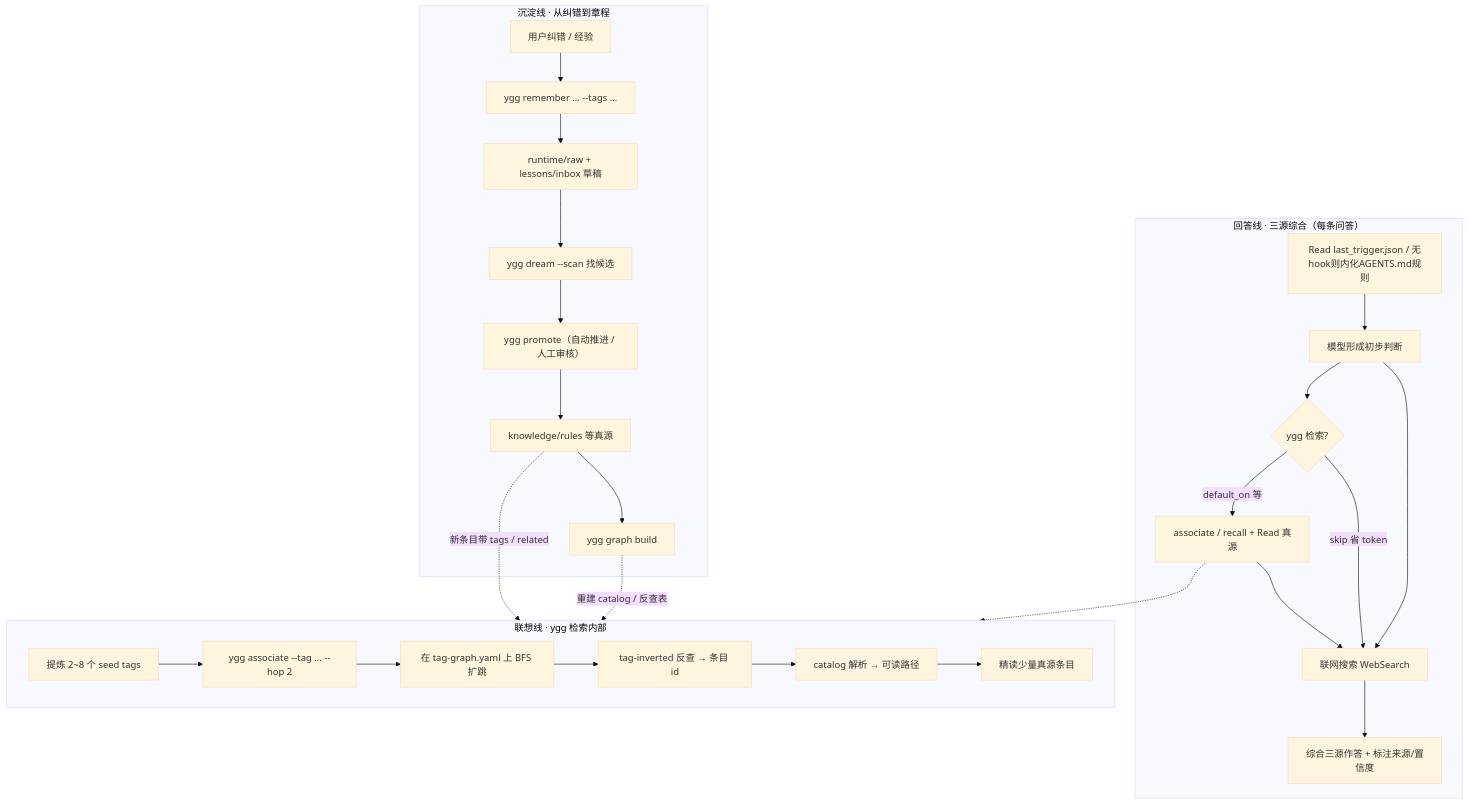
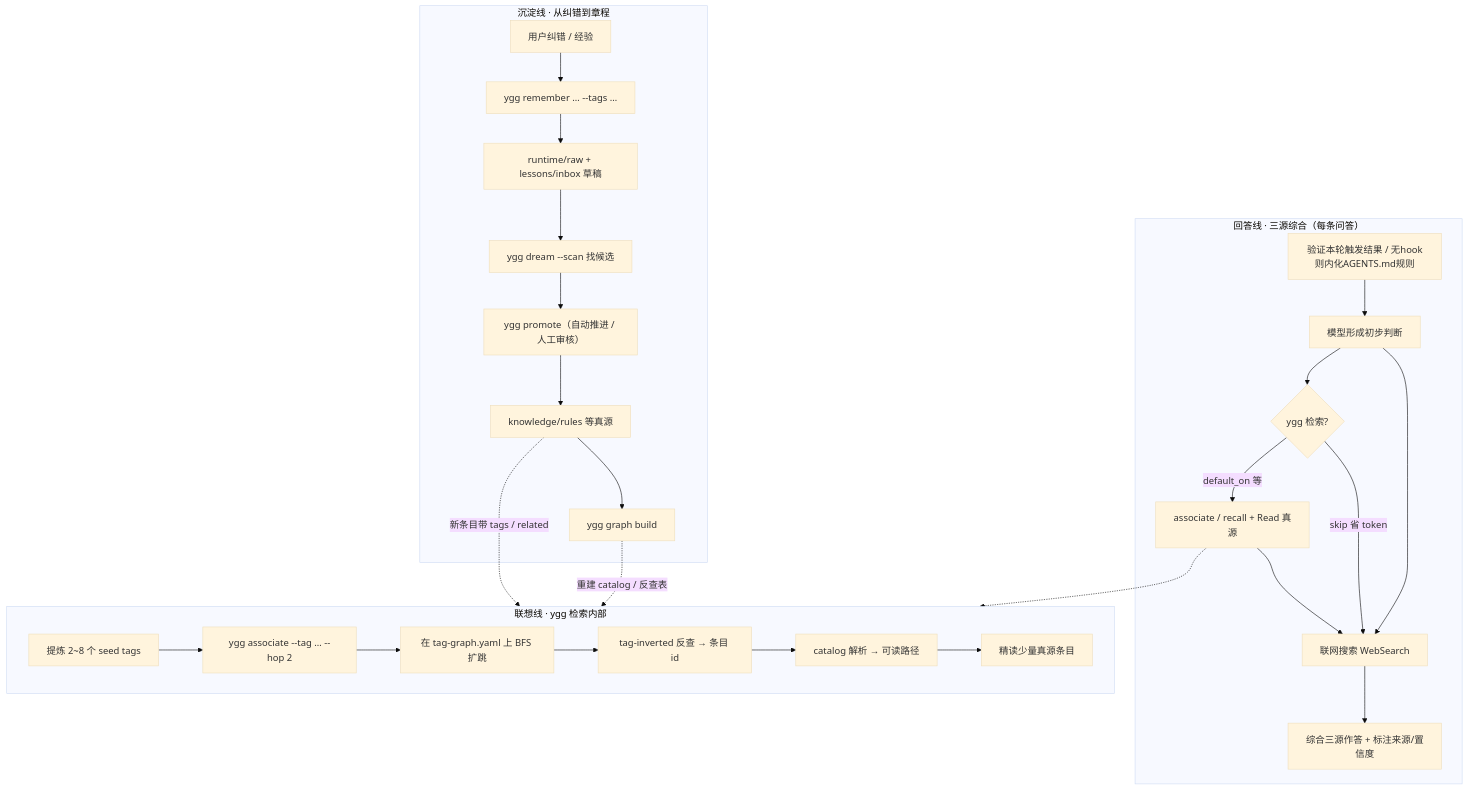
Before and after one commit to leoknuth/YggForge: the second of 2 diagrams in README.md, drawn with Mermaid (base theme). The commit also changed other lines of this file and 75 other files, not shown here.

````diff
--- a/README.md
+++ b/README.md
@@ -141,38 +142,38 @@
 ```mermaid
 flowchart TB
   subgraph answer ["回答线 · 三源综合（每条问答）"]
-    hook["Read last_trigger.json / 无hook则内化AGENTS.md规则"]
+    hook["验证本轮触发结果 / 无hook则内化AGENTS.md规则"]
     model[模型形成初步判断]
     yggGate{ygg 检索?}
     yggCmd[associate / recall + Read 真源]
     web[联网搜索 WebSearch]
     synth[综合三源作答 + 标注来源/置信度]
     hook --> model --> yggGate
     yggGate -->|default_on 等| yggCmd --> web
     yggGate -->|skip 省 token| web
     model --> web
     web --> synth
   end
   subgraph assoc ["联想线 · ygg 检索内部"]
     seeds[提炼 2~8 个 seed tags]
     cmdA["ygg associate --tag … --hop 2"]
     bfs["在 tag-graph.yaml 上 BFS 扩跳"]
     inv["tag-inverted 反查 → 条目 id"]
     cat["catalog 解析 → 可读路径"]
     read[精读少量真源条目]
     seeds --> cmdA --> bfs --> inv --> cat --> read
   end
   subgraph sink ["沉淀线 · 从纠错到章程"]
     fix[用户纠错 / 经验]
     cmdR["ygg remember … --tags …"]
     raw["runtime/raw + lessons/inbox 草稿"]
     dream["ygg dream --scan 找候选"]
     prom["ygg promote（自动推进 / 人工审核）"]
     canon["knowledge/rules 等真源"]
     cmdG["ygg graph build"]
     fix --> cmdR --> raw --> dream --> prom --> canon --> cmdG
   end
   yggCmd -.-> assoc
   canon -. "新条目带 tags / related" .-> assoc
   cmdG -. "重建 catalog / 反查表" .-> assoc
 ```
````
